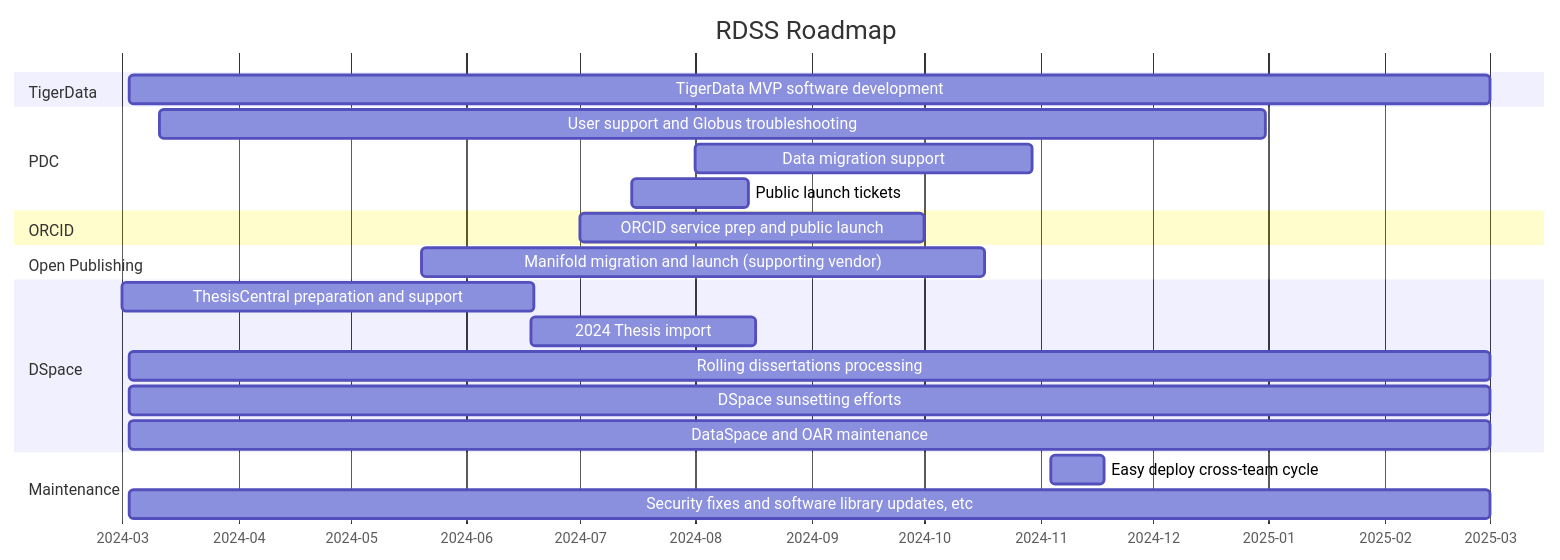
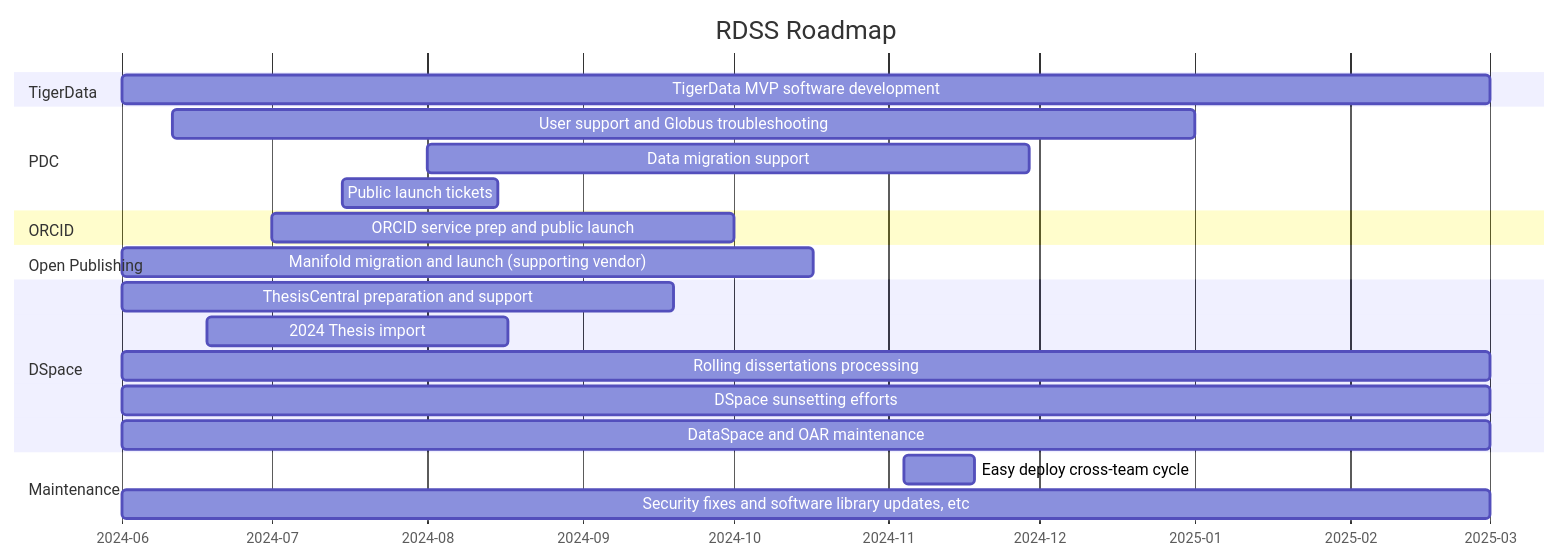
The diagram in roadmap.md (pulibrary/rdss-handbook), drawn with Mermaid before and after one commit.

Commit message:
Updated roadmap and advanced date range into 2025

````diff
--- a/roadmap.md
+++ b/roadmap.md
@@ -5,25 +5,25 @@
 ```mermaid
 gantt
     title RDSS Roadmap
     axisFormat  %Y-%m
     dateformat YYYY-MM
     section TigerData
-    TigerData MVP software development: td1,2024-03-03,363d
+    TigerData MVP software development: td1,2024-06-01,273d
     section PDC
-    User support and Globus troubleshooting: pd1,2024-03-11,295d
-    Data migration support: pd2, 2024-08-01,90d
+    User support and Globus troubleshooting: pd1,2024-06-11,204d
+    Data migration support: pd2, 2024-08-01,120d
     Public launch tickets: pd3,2024-07-15,31d
     section ORCID
     ORCID service prep and public launch: or1,2024-07-01,92d
     section Open Publishing
-    Manifold migration and launch (supporting vendor): op1,2024-05-20,150d
+    Manifold migration and launch (supporting vendor): op1,2024-06-01,138d
     section DSpace
-    ThesisCentral preparation and support: dsp1,2024-03-01,110d
+    ThesisCentral preparation and support: dsp1,2024-06-01,110d
     2024 Thesis import: dsp2,2024-06-18,60d
-    Rolling dissertations processing: dsp3,2024-03-03,363d
-    DSpace sunsetting efforts: dsp4,2024-03-03,363d
-    DataSpace and OAR maintenance: dsp5,2024-03-03,363d
+    Rolling dissertations processing: dsp3,2024-06-01,273d
+    DSpace sunsetting efforts: dsp4,2024-06-01,273d
+    DataSpace and OAR maintenance: dsp5,2024-06-01,273d
     section Maintenance
     Easy deploy cross-team cycle: man1, 2024-11-04, 14d
-    Security fixes and software library updates, etc: man2,2024-03-03,363d
+    Security fixes and software library updates, etc: man2,2024-06-01,273d
 ```
````
